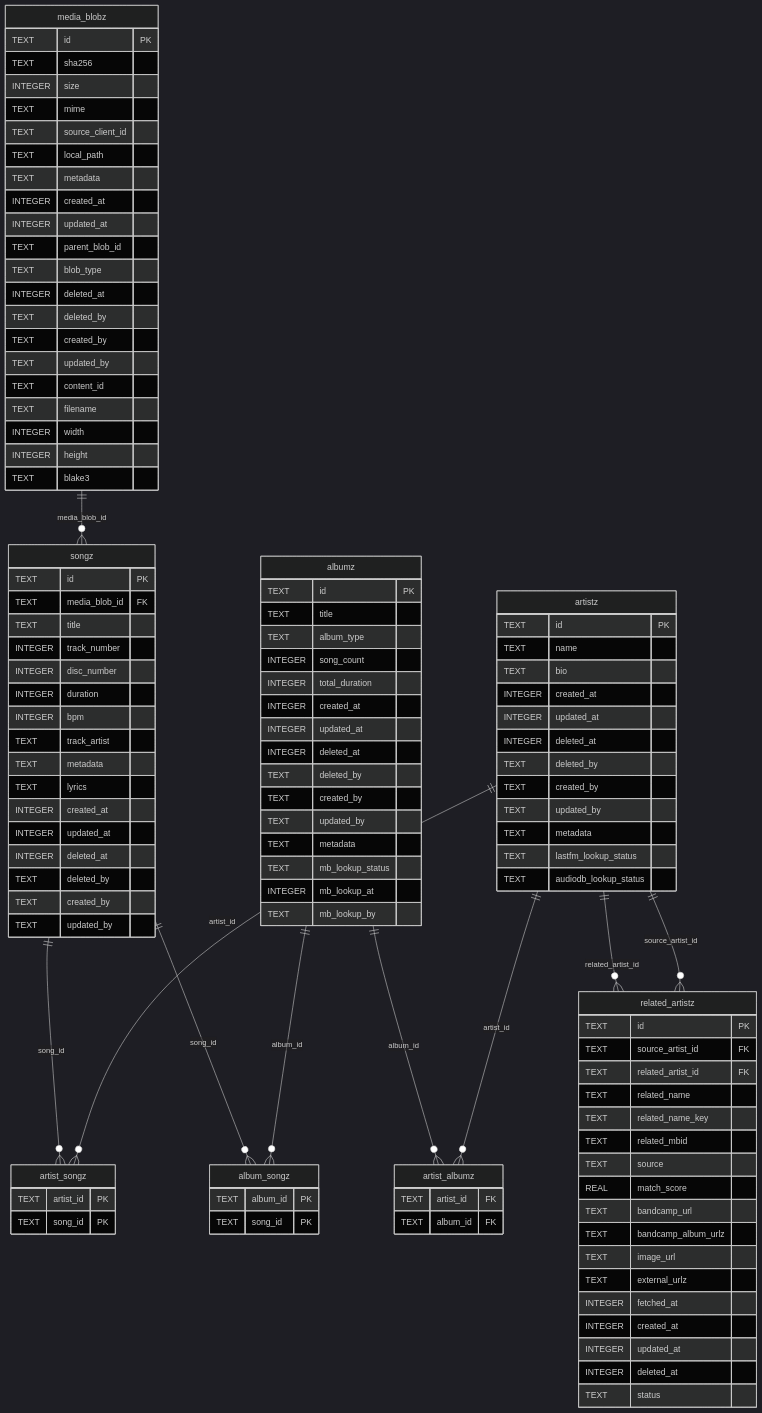
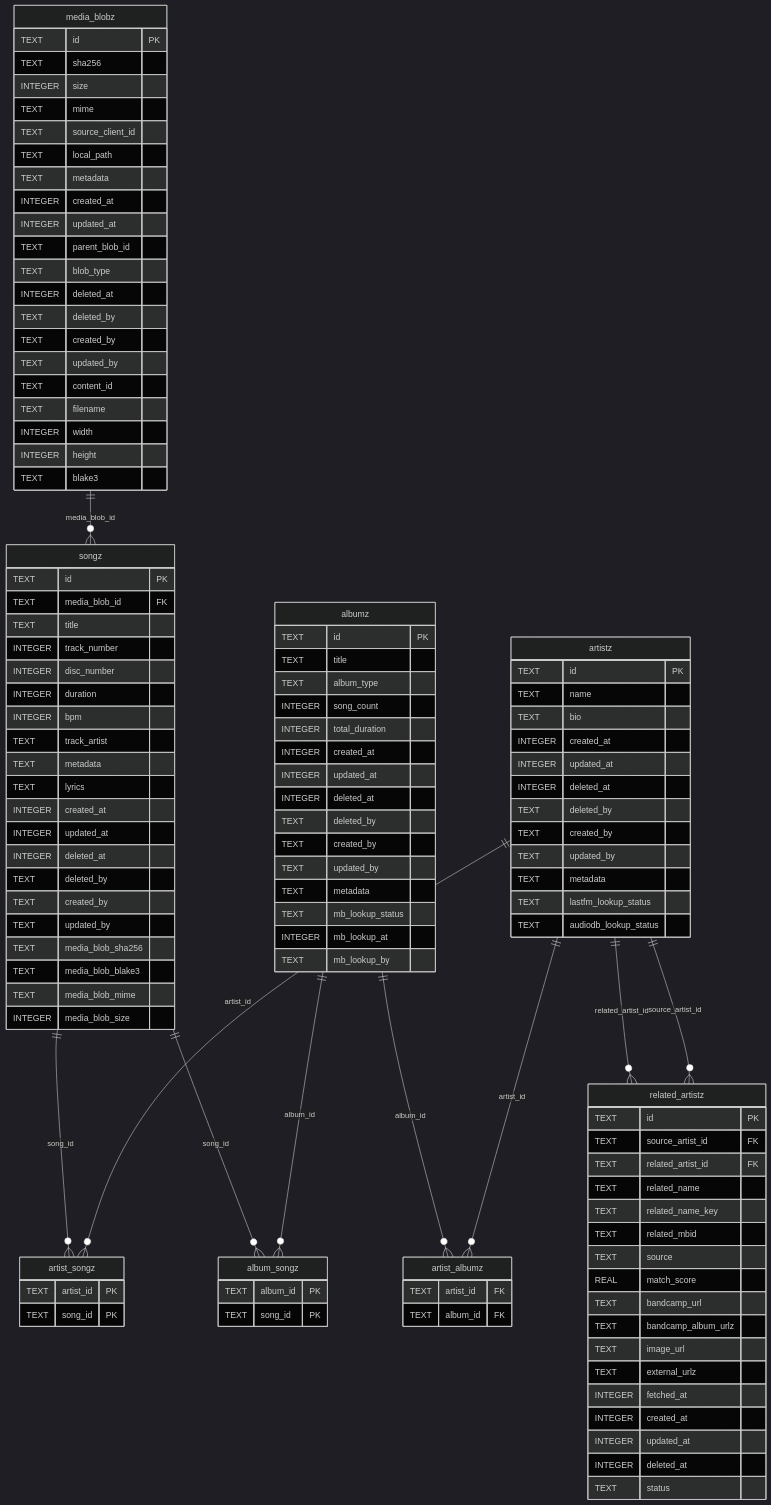
Before and after one commit to freqhole/tomb: the first of 22 diagrams in freqhole.net/src/content/docs/concepts/database.mdx, drawn with Mermaid (dark theme). The commit also changed other lines of this file and 22 other files, not shown here.

```diff
--- a/freqhole.net/src/content/docs/concepts/database.mdx
+++ b/freqhole.net/src/content/docs/concepts/database.mdx
@@ -111,6 +111,10 @@
     TEXT deleted_by
     TEXT created_by
     TEXT updated_by
+    TEXT media_blob_sha256
+    TEXT media_blob_blake3
+    TEXT media_blob_mime
+    INTEGER media_blob_size
   }
   artist_albumz {
     TEXT artist_id FK
```
